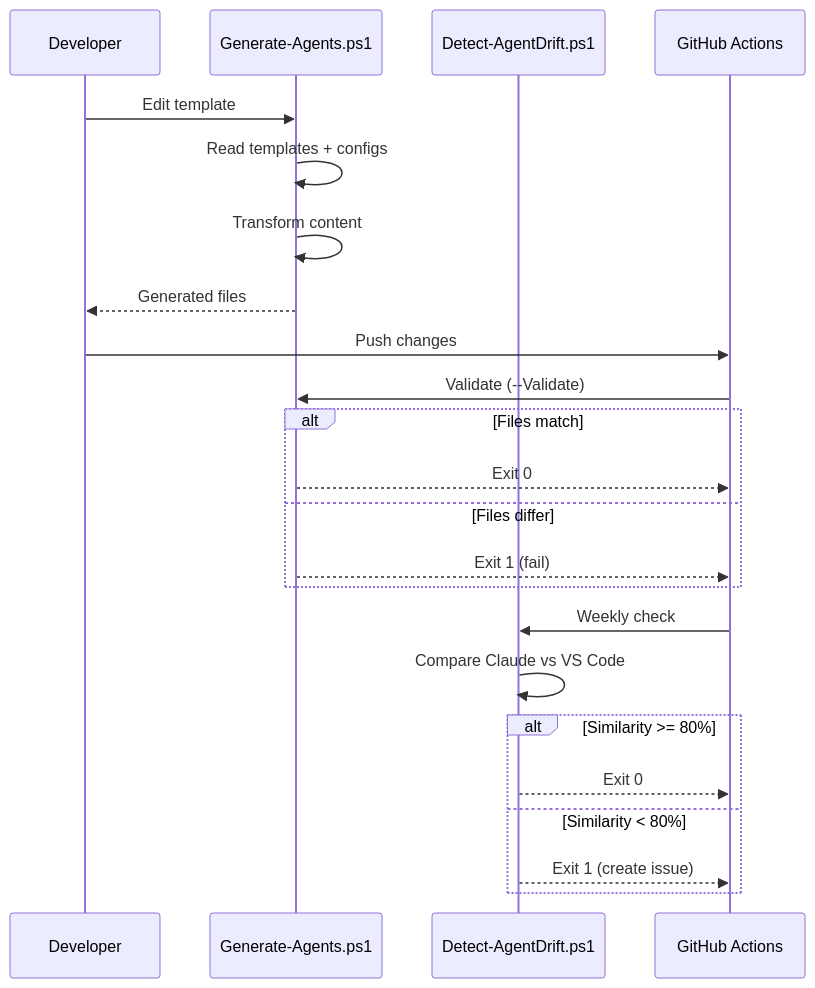
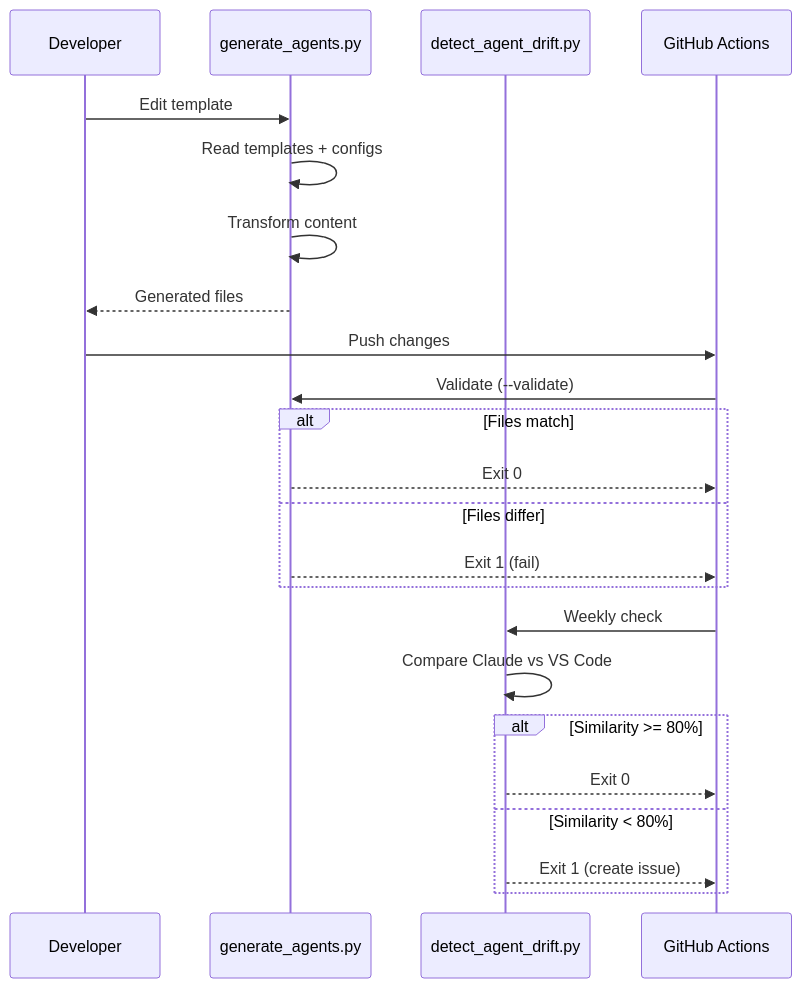
The second of 2 diagrams in build/AGENTS.md (rjmurillo/ai-agents), drawn with Mermaid before and after one commit. The commit also changed other lines of this file and 15 other files, not shown here.

````diff
--- a/build/AGENTS.md
+++ b/build/AGENTS.md
@@ -363,28 +363,28 @@
 ```mermaid
 sequenceDiagram
     participant Dev as Developer
-    participant Gen as Generate-Agents.ps1
-    participant Drift as Detect-AgentDrift.ps1
+    participant Gen as generate_agents.py
+    participant Drift as detect_agent_drift.py
     participant CI as GitHub Actions
 
     Dev->>Gen: Edit template
     Gen->>Gen: Read templates + configs
     Gen->>Gen: Transform content
     Gen-->>Dev: Generated files
 
     Dev->>CI: Push changes
-    CI->>Gen: Validate (--Validate)
+    CI->>Gen: Validate (--validate)
     alt Files match
         Gen-->>CI: Exit 0
     else Files differ
         Gen-->>CI: Exit 1 (fail)
     end
 
     CI->>Drift: Weekly check
     Drift->>Drift: Compare Claude vs VS Code
     alt Similarity >= 80%
         Drift-->>CI: Exit 0
     else Similarity < 80%
         Drift-->>CI: Exit 1 (create issue)
     end
 ```
````
